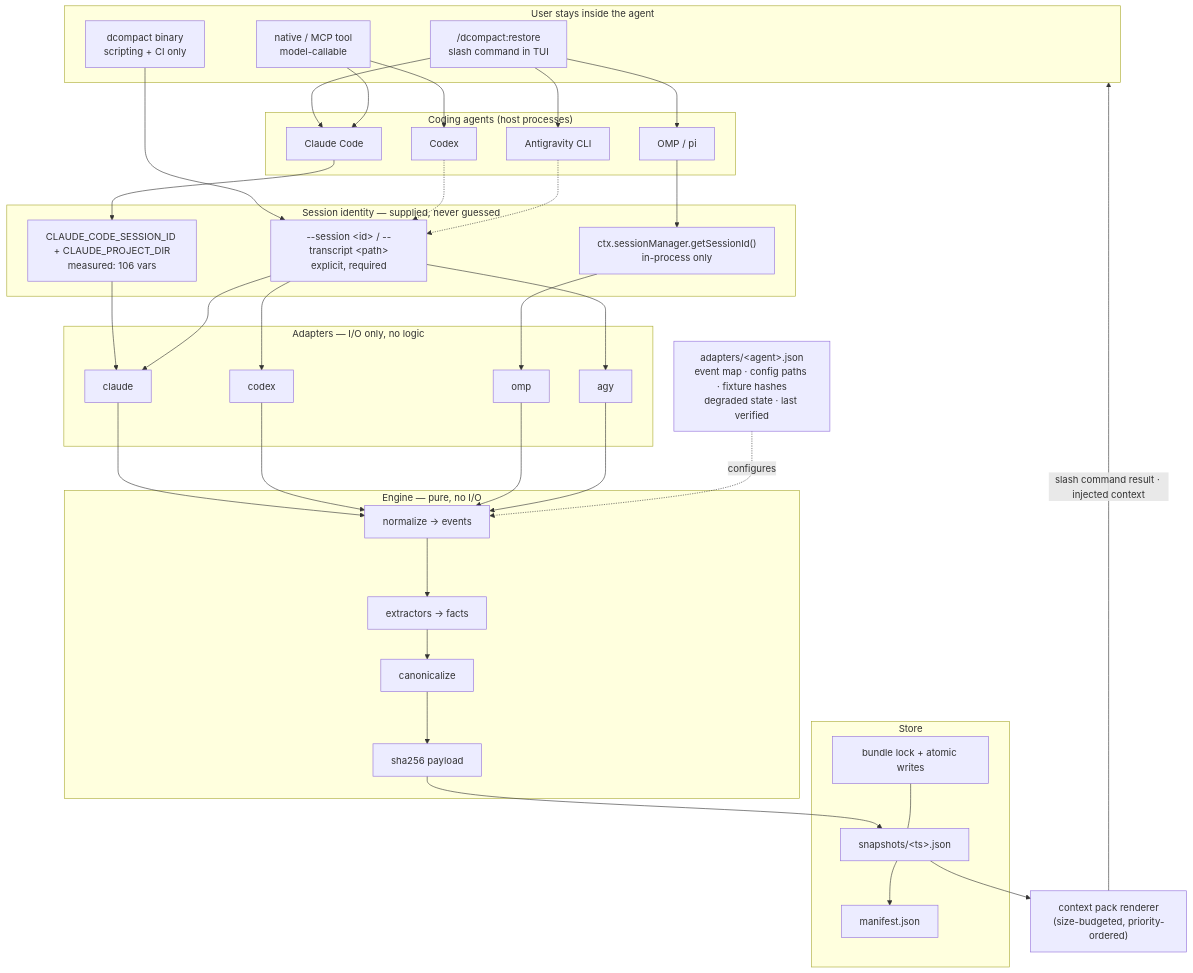
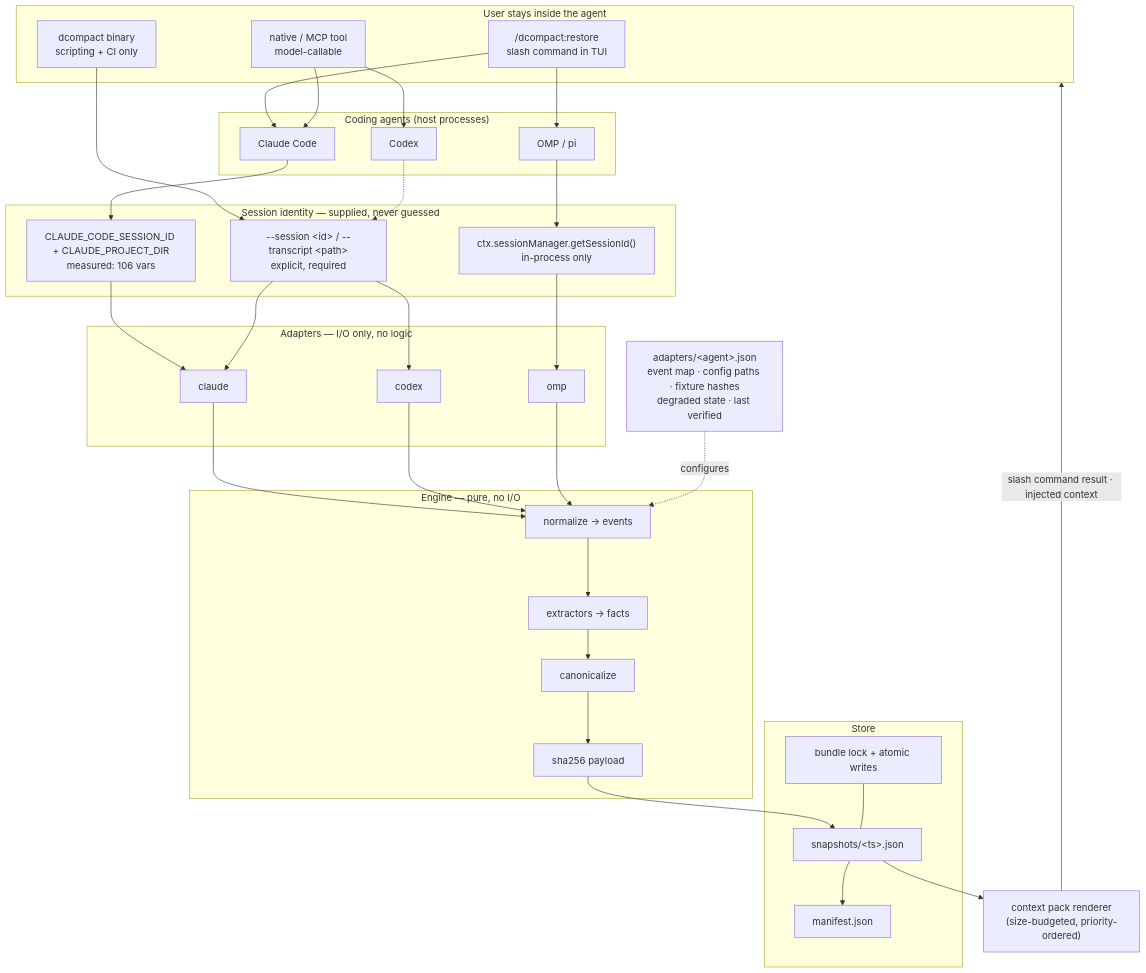
Before and after one commit to TomaszGonczar/dCompress: the diagram in docs/CONCEPT.md, drawn with Mermaid. The commit also changed other lines of this file and 3 other files, not shown here.

````diff
--- a/docs/CONCEPT.md
+++ b/docs/CONCEPT.md
@@ -226,71 +228,65 @@
 ```mermaid
 flowchart TD
     subgraph User["User stays inside the agent"]
         SC["/dcompact:restore<br/>slash command in TUI"]
         TOOL["native / MCP tool<br/>model-callable"]
         CLI["dcompact binary<br/>scripting + CI only"]
     end
 
     subgraph Agents["Coding agents (host processes)"]
         CC["Claude Code"]
         CX["Codex"]
         OMP["OMP / pi"]
-        AGY["Antigravity CLI"]
     end
 
     subgraph Identity["Session identity — supplied, never guessed"]
         ENV["CLAUDE_CODE_SESSION_ID + CLAUDE_PROJECT_DIR<br/>measured: 106 vars"]
         CTX["ctx.sessionManager.getSessionId()<br/>in-process only"]
         EXPL["--session &lt;id&gt; / --transcript &lt;path&gt;<br/>explicit, required"]
     end
 
     subgraph Adapters["Adapters — I/O only, no logic"]
         ACC["claude"]
         ACX["codex"]
         AOMP["omp"]
-        AAGY["agy"]
     end
 
     ADAPTERDEF["adapters/&lt;agent&gt;.json<br/>event map · config paths · fixture hashes<br/>degraded state · last verified"]
 
     subgraph Core["Engine — pure, no I/O"]
         NORM["normalize → events"]
         EXTR["extractors → facts"]
         CANON["canonicalize"]
         HASH["sha256 payload"]
     end
 
     subgraph IO["Store"]
         SNAP["snapshots/&lt;ts&gt;.json"]
         MAN["manifest.json"]
         LOCK["bundle lock + atomic writes"]
     end
 
     PACK["context pack renderer<br/>(size-budgeted, priority-ordered)"]
 
     SC --> CC
     TOOL --> CC
     SC --> OMP
     TOOL --> CX
-    SC --> AGY
     CLI --> EXPL
     CC --> ENV
     OMP --> CTX
     CX -.-> EXPL
-    AGY -.-> EXPL
     ENV --> ACC
     CTX --> AOMP
     EXPL --> ACC
     EXPL --> ACX
-    EXPL --> AAGY
     ACC --> NORM
     ACX --> NORM
     AOMP --> NORM
-    AAGY --> NORM
     ADAPTERDEF -.configures.-> NORM
     NORM --> EXTR --> CANON --> HASH --> SNAP
     SNAP --> MAN
     LOCK --- SNAP
     SNAP --> PACK
     PACK -->|slash command result · injected context| User
 ```
````
